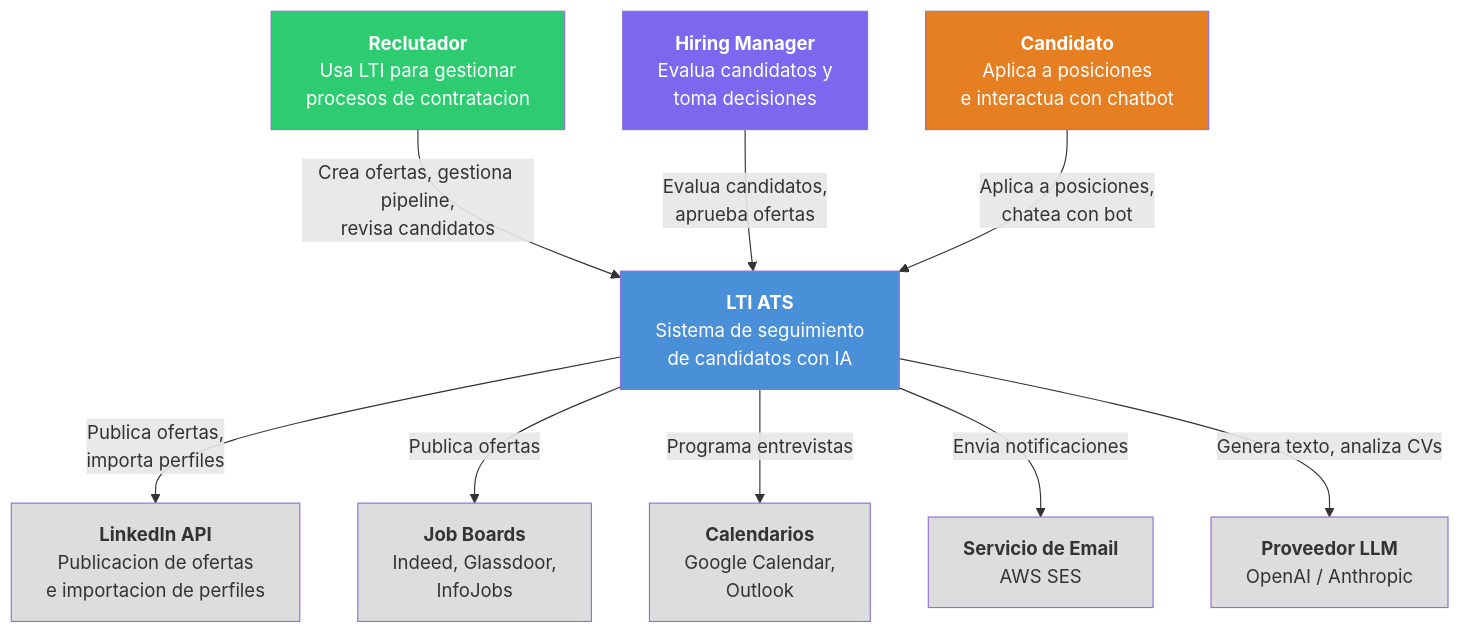
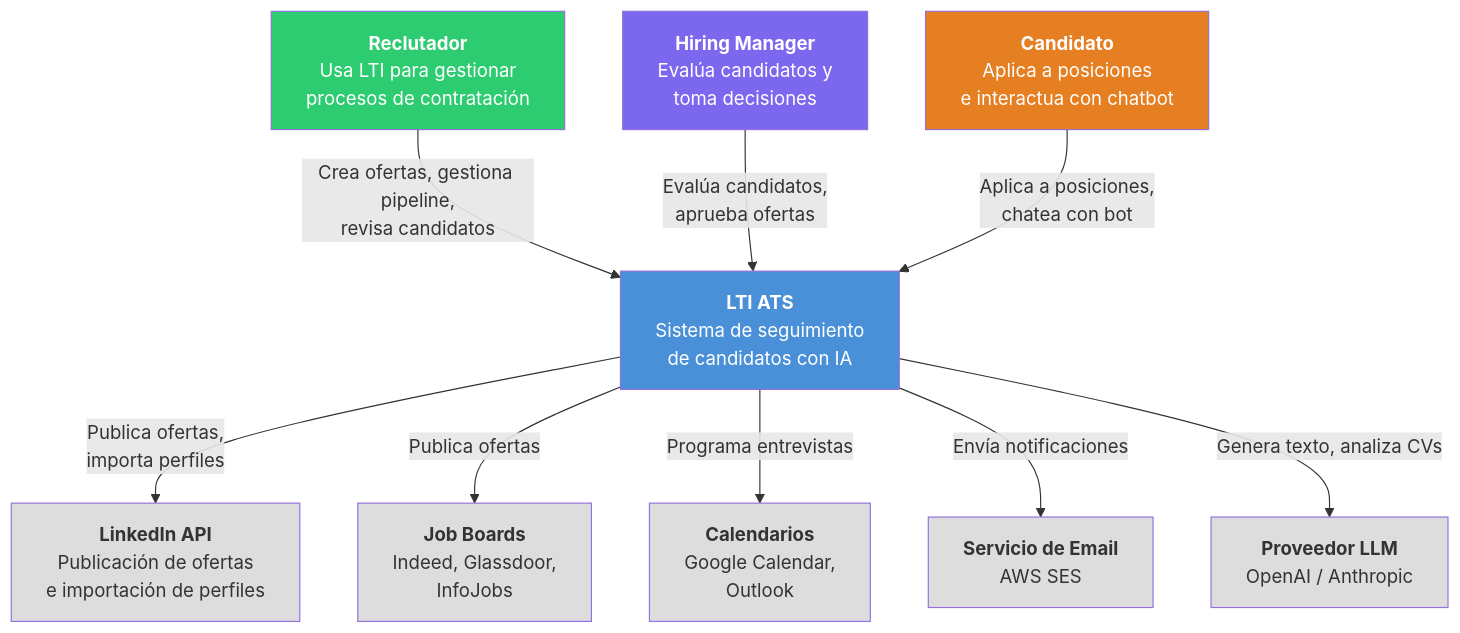
Before and after one commit to mrbicho/AI4Devs-design-1-202602-Seniors: the seventh of 9 diagrams in lti/LTI-DMM/LTI-DMM.md, drawn with Mermaid. The commit also changed other lines of this file and 1 other file, not shown here.

Commit message:
Fix Spanish spelling in LTI docs

````diff
--- a/lti/LTI-DMM/LTI-DMM.md
+++ b/lti/LTI-DMM/LTI-DMM.md
@@ -896,34 +896,34 @@
 ```mermaid
 graph TB
-    REC["<b>Reclutador</b><br/>Usa LTI para gestionar<br/>procesos de contratacion"]
-    HM["<b>Hiring Manager</b><br/>Evalua candidatos y<br/>toma decisiones"]
+    REC["<b>Reclutador</b><br/>Usa LTI para gestionar<br/>procesos de contratación"]
+    HM["<b>Hiring Manager</b><br/>Evalúa candidatos y<br/>toma decisiones"]
     CAND["<b>Candidato</b><br/>Aplica a posiciones<br/>e interactua con chatbot"]
 
     LTI["<b>LTI ATS</b><br/>Sistema de seguimiento<br/>de candidatos con IA"]
 
-    LI["<b>LinkedIn API</b><br/>Publicacion de ofertas<br/>e importacion de perfiles"]
+    LI["<b>LinkedIn API</b><br/>Publicación de ofertas<br/>e importación de perfiles"]
     JB["<b>Job Boards</b><br/>Indeed, Glassdoor,<br/>InfoJobs"]
     CAL["<b>Calendarios</b><br/>Google Calendar,<br/>Outlook"]
     EMAIL_SYS["<b>Servicio de Email</b><br/>AWS SES"]
     LLM_EXT["<b>Proveedor LLM</b><br/>OpenAI / Anthropic"]
 
     REC -->|"Crea ofertas, gestiona pipeline,<br/>revisa candidatos"| LTI
-    HM -->|"Evalua candidatos,<br/>aprueba ofertas"| LTI
+    HM -->|"Evalúa candidatos,<br/>aprueba ofertas"| LTI
     CAND -->|"Aplica a posiciones,<br/>chatea con bot"| LTI
 
     LTI -->|"Publica ofertas,<br/>importa perfiles"| LI
     LTI -->|"Publica ofertas"| JB
     LTI -->|"Programa entrevistas"| CAL
-    LTI -->|"Envia notificaciones"| EMAIL_SYS
+    LTI -->|"Envía notificaciones"| EMAIL_SYS
     LTI -->|"Genera texto, analiza CVs"| LLM_EXT
 
     style LTI fill:#4A90D9,color:#fff
     style REC fill:#2ECC71,color:#fff
     style HM fill:#7B68EE,color:#fff
     style CAND fill:#E67E22,color:#fff
     style LI fill:#ddd,color:#333
     style JB fill:#ddd,color:#333
     style CAL fill:#ddd,color:#333
     style EMAIL_SYS fill:#ddd,color:#333
     style LLM_EXT fill:#ddd,color:#333
 ```
````
